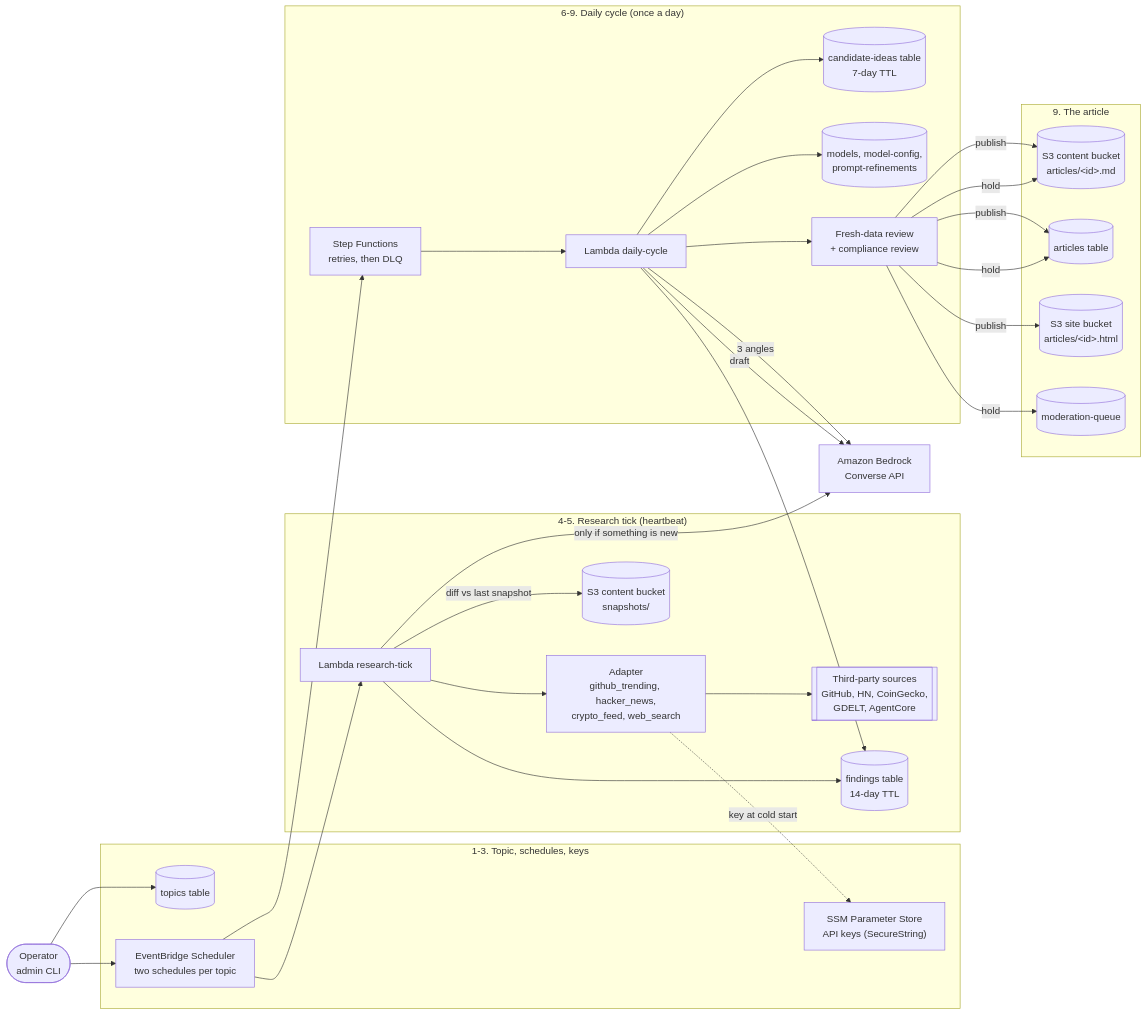
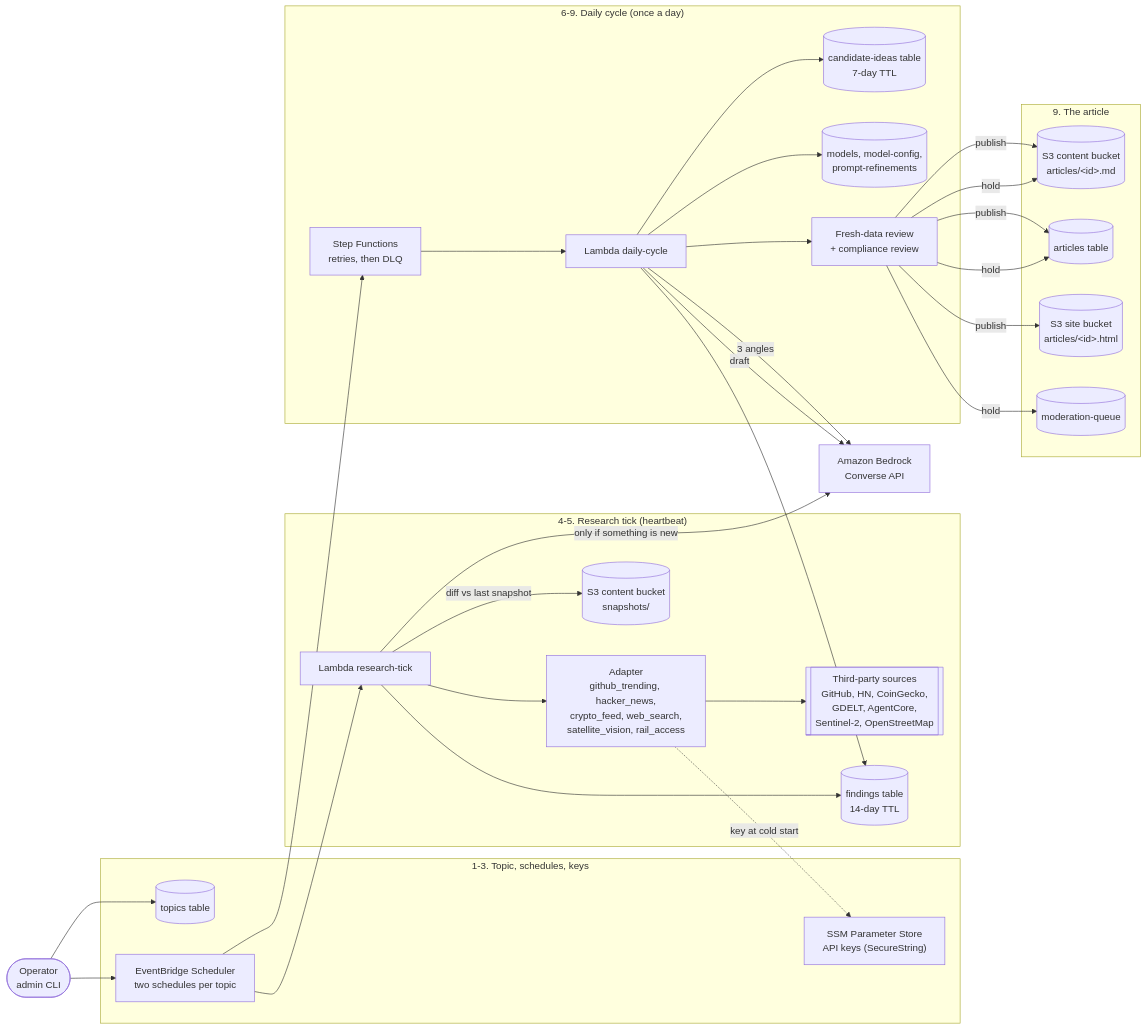
The diagram in docs/architecture/article-research.md (AllainWoodsford/BloggerBear), drawn with Mermaid before and after one commit. The commit also changed other lines of this file and 9 other files, not shown here.

````diff
--- a/docs/architecture/article-research.md
+++ b/docs/architecture/article-research.md
@@ -16,48 +16,48 @@
 ```mermaid
 flowchart LR
     admin(["Operator<br/>admin CLI"])
     subgraph setup["1-3. Topic, schedules, keys"]
         topics[("topics table")]
         sched["EventBridge Scheduler<br/>two schedules per topic"]
         ssm["SSM Parameter Store<br/>API keys (SecureString)"]
     end
     subgraph research["4-5. Research tick (heartbeat)"]
         tick["Lambda research-tick"]
-        adapter["Adapter<br/>github_trending, hacker_news,<br/>crypto_feed, web_search"]
-        src[["Third-party sources<br/>GitHub, HN, CoinGecko,<br/>GDELT, AgentCore"]]
+        adapter["Adapter<br/>github_trending, hacker_news,<br/>crypto_feed, web_search,<br/>satellite_vision, rail_access"]
+        src[["Third-party sources<br/>GitHub, HN, CoinGecko,<br/>GDELT, AgentCore,<br/>Sentinel-2, OpenStreetMap"]]
         snap[("S3 content bucket<br/>snapshots/")]
         findings[("findings table<br/>14-day TTL")]
     end
     subgraph daily["6-9. Daily cycle (once a day)"]
         sfn["Step Functions<br/>retries, then DLQ"]
         cycle["Lambda daily-cycle"]
         ideas[("candidate-ideas table<br/>7-day TTL")]
         models[("models, model-config,<br/>prompt-refinements")]
         review["Fresh-data review<br/>+ compliance review"]
     end
     subgraph out["9. The article"]
         body[("S3 content bucket<br/>articles/&lt;id&gt;.md")]
         articles[("articles table")]
         site[("S3 site bucket<br/>articles/&lt;id&gt;.html")]
         queue[("moderation-queue")]
     end
     bedrock["Amazon Bedrock<br/>Converse API"]
 
     admin --> topics
     admin --> sched
     sched --> tick
     tick --> adapter --> src
     adapter -. "key at cold start" .-> ssm
     tick -- "diff vs last snapshot" --> snap
     tick -- "only if something is new" --> bedrock
     tick --> findings
     sched --> sfn --> cycle
     cycle --> findings
     cycle -- "3 angles" --> bedrock
     cycle --> ideas
     cycle --> models
     cycle -- "draft" --> bedrock
     cycle --> review
     review -- "publish" --> body & articles & site
     review -- "hold" --> body & articles & queue
 ```
````
